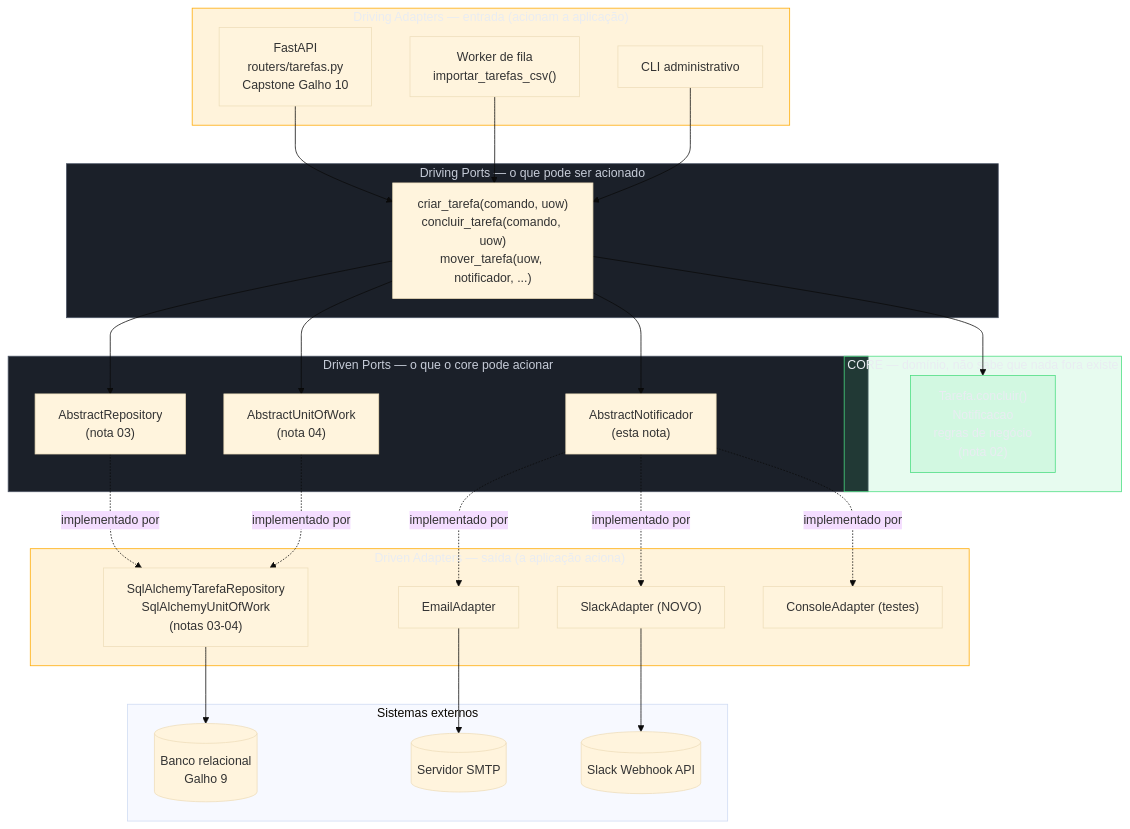
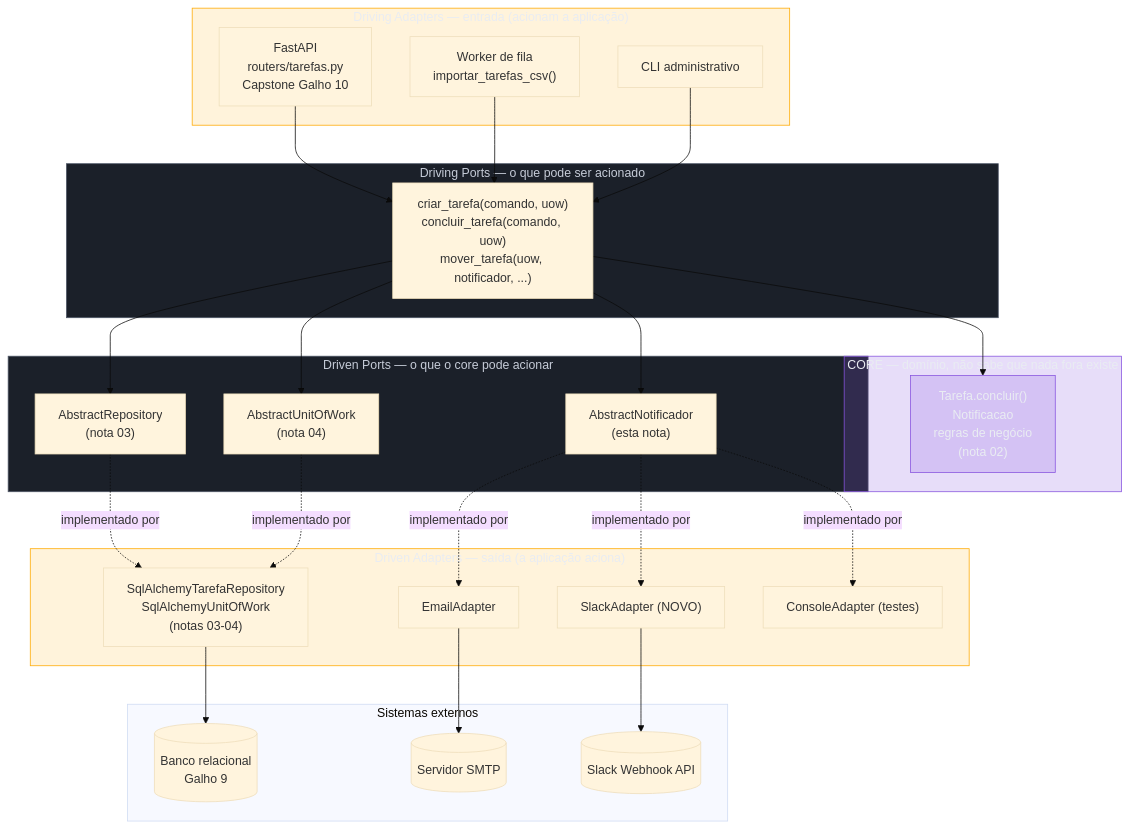
Before and after one commit to josenaldo/codex-technomanticus: the first of 2 diagrams in 03-Dominios/Tecnologia/Python/Arquitetura e Design Patterns/07 - Arquitetura hexagonal e Ports and Adapters em Python.md, drawn with Mermaid (base theme). The commit also changed 601 other files, not shown here.

````diff
--- a/03-Dominios/Tecnologia/Python/Arquitetura e Design Patterns/07 - Arquitetura hexagonal e Ports and Adapters em Python.md
+++ b/03-Dominios/Tecnologia/Python/Arquitetura e Design Patterns/07 - Arquitetura hexagonal e Ports and Adapters em Python.md
@@ -278,63 +278,63 @@
 ```mermaid
 flowchart TB
-    classDef ok fill:#4ADE8021,stroke:#4ADE80,color:#E9ECF2
+    classDef marca fill:#8855DF33,stroke:#8855DF,color:#E9ECF2
     classDef neutro fill:#1B2029,stroke:#4E5666,color:#C6CCD8
     classDef destaque fill:#FFAA0024,stroke:#FFAA00,color:#E9ECF2
     subgraph DrivingAdapters["Driving Adapters — entrada (acionam a aplicação)"]
         HTTP["FastAPI\nrouters/tarefas.py\nCapstone Galho 10"]
         WORKER["Worker de fila\nimportar_tarefas_csv()"]
         CLI["CLI administrativo"]
     end
 
     subgraph DrivingPorts["Driving Ports — o que pode ser acionado"]
         UC["criar_tarefa(comando, uow)\nconcluir_tarefa(comando, uow)\nmover_tarefa(uow, notificador, ...)"]
     end
 
     subgraph Core["CORE — domínio, não sabe que nada fora existe"]
         ENT["Tarefa.concluir()\nNotificacao\nregras de negócio\n(nota 02)"]
     end
 
     subgraph DrivenPorts["Driven Ports — o que o core pode acionar"]
         REPO_PORT["AbstractRepository\n(nota 03)"]
         UOW_PORT["AbstractUnitOfWork\n(nota 04)"]
         NOTIF_PORT["AbstractNotificador\n(esta nota)"]
     end
 
     subgraph DrivenAdapters["Driven Adapters — saída (a aplicação aciona)"]
         SQL["SqlAlchemyTarefaRepository\nSqlAlchemyUnitOfWork\n(notas 03-04)"]
         EMAIL["EmailAdapter"]
         SLACK["SlackAdapter (NOVO)"]
         CONSOLE["ConsoleAdapter (testes)"]
     end
 
     subgraph Storage["Sistemas externos"]
         DB[("Banco relacional\nGalho 9")]
         SMTP[("Servidor SMTP")]
         SLACKAPI[("Slack Webhook API")]
     end
 
     HTTP --> UC
     WORKER --> UC
     CLI --> UC
     UC --> ENT
     UC --> REPO_PORT
     UC --> UOW_PORT
     UC --> NOTIF_PORT
 
     REPO_PORT -.->|implementado por| SQL
     UOW_PORT -.->|implementado por| SQL
     NOTIF_PORT -.->|implementado por| EMAIL
     NOTIF_PORT -.->|implementado por| SLACK
     NOTIF_PORT -.->|implementado por| CONSOLE
 
     SQL --> DB
     EMAIL --> SMTP
     SLACK --> SLACKAPI
 
-    class Core ok
-    class ENT ok
+    class Core marca
+    class ENT marca
     class DrivingPorts neutro
     class DrivenPorts neutro
     class DrivingAdapters destaque
     class DrivenAdapters destaque
 ```
````
